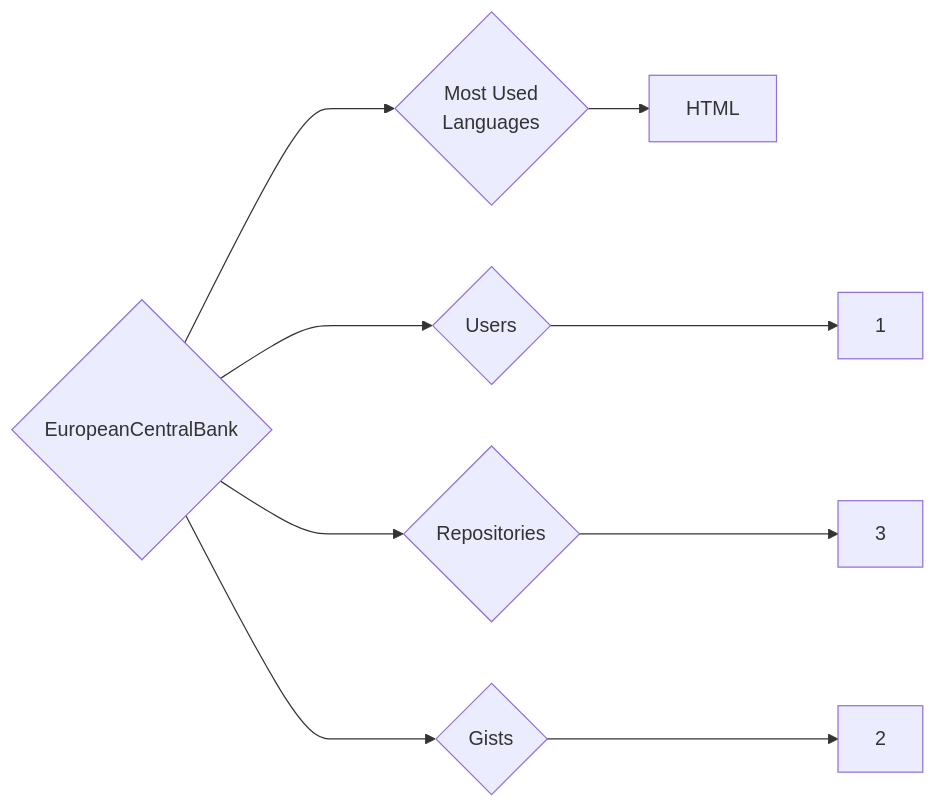
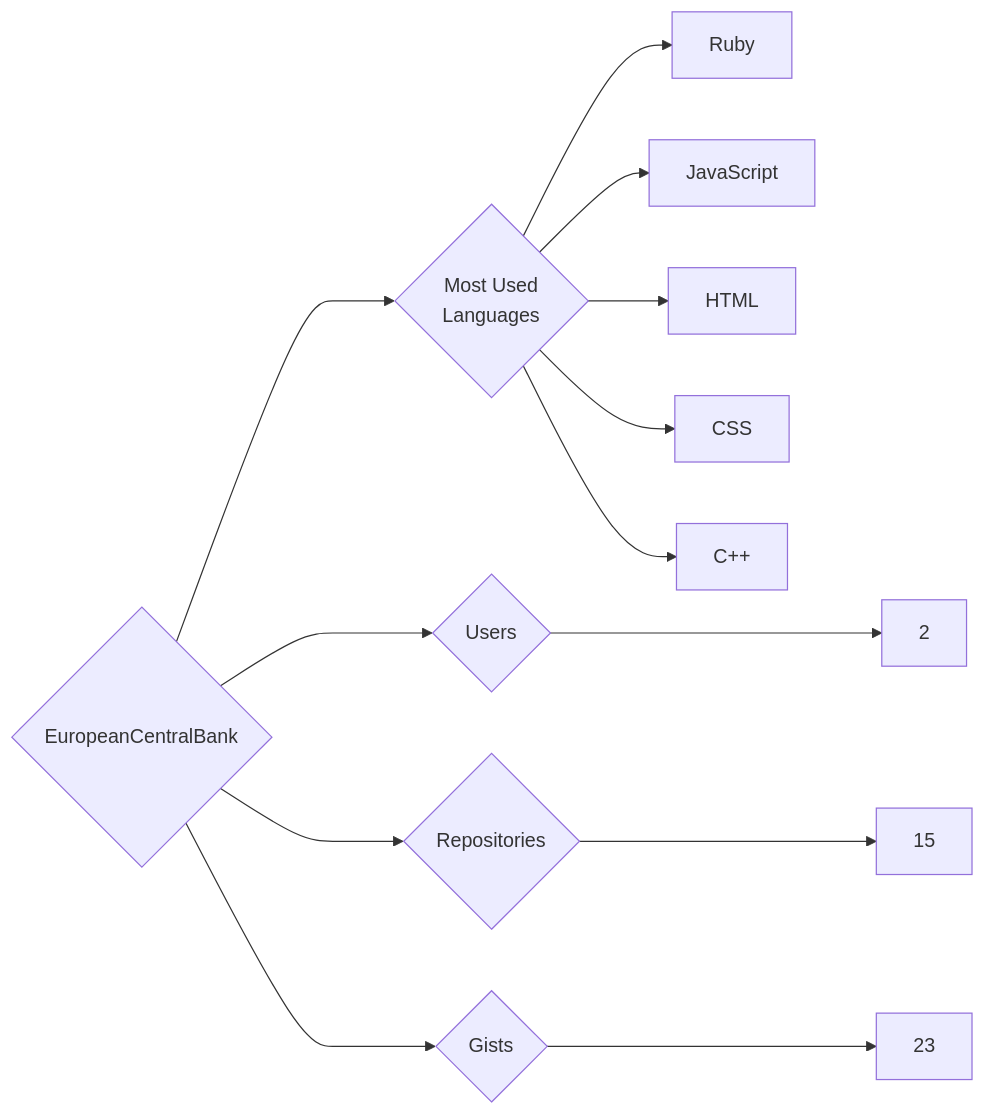
The diagram in targets/EuropeanCentralBank/README.md (trickest/insiders), drawn with Mermaid before and after one commit. The commit also changed 1195 other files, not shown here.

````diff
--- a/targets/EuropeanCentralBank/README.md
+++ b/targets/EuropeanCentralBank/README.md
@@ -3,9 +3,13 @@
 ```mermaid
 graph LR
 COMPANY_NAME{EuropeanCentralBank}
-COMPANY_NAME ---> U{Users} ---> UN[1]
-COMPANY_NAME ---> R{Repositories} ---> RN[3]
-COMPANY_NAME ---> G{Gists} ---> GN[2]
+COMPANY_NAME ---> U{Users} ---> UN[2]
+COMPANY_NAME ---> R{Repositories} ---> RN[15]
+COMPANY_NAME ---> G{Gists} ---> GN[23]
 COMPANY_NAME ---> ML{Most Used<br>Languages}
+ML --> Ruby[Ruby]
+ML --> JavaScript[JavaScript]
 ML --> HTML[HTML]
+ML --> CSS[CSS]
+ML --> C++[C++]
 ```
````
